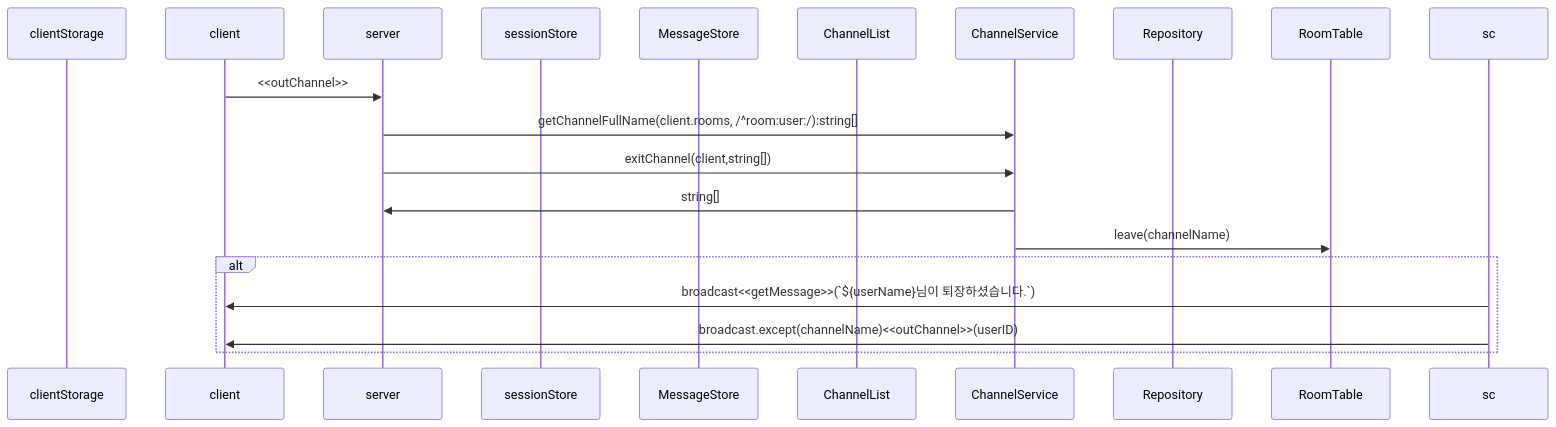
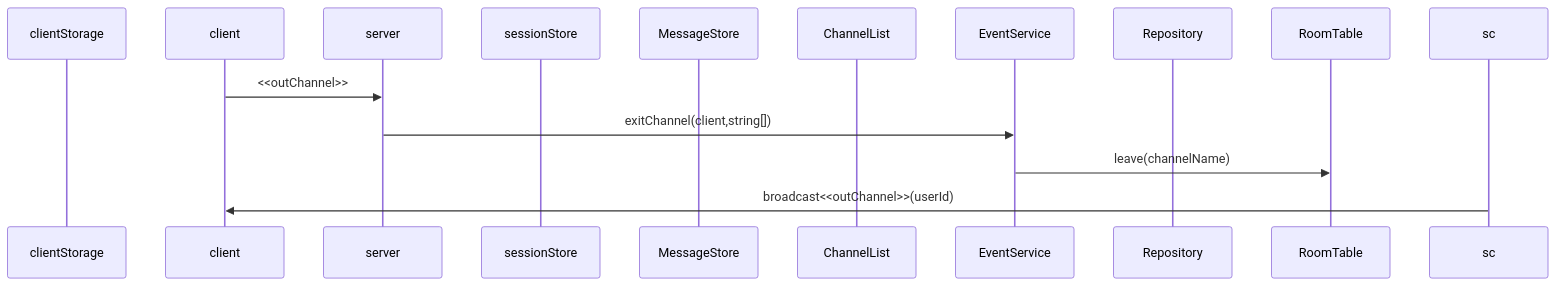
One commit to mtak0235/simmons_transcendence changed the fifth of 19 diagrams in backend/node/app/event.md. Above: the diagram before and after it, drawn with Mermaid. The commit also changed other lines of this file and 1 other file, not shown here.

````diff
--- a/backend/node/app/event.md
+++ b/backend/node/app/event.md
@@ -150,22 +130,17 @@
 ```mermaid
 sequenceDiagram
 participant cls as clientStorage
 participant c as client
 participant ga as server
 participant ss as sessionStore
 participant ms as MessageStore
 participant cns as ChannelList
-participant cs as ChannelService
+participant cs as EventService
 participant r as Repository
 participant rt as RoomTable
 
 c->>ga: <<outChannel>>
-ga->>cs: getChannelFullName(client.rooms, /^room:user:/):string[]
 ga->>cs: exitChannel(client,string[])
-cs->> ga: string[]
 cs->>rt: leave(channelName)
-alt 
-sc->>c: broadcast<<getMessage>>(`${userName}님이 퇴장하셨습니다.`)
-sc->>c: broadcast.except(channelName)<<outChannel>>(userID)
-end
+sc->>c: broadcast<<outChannel>>(userId)
 ```
````
